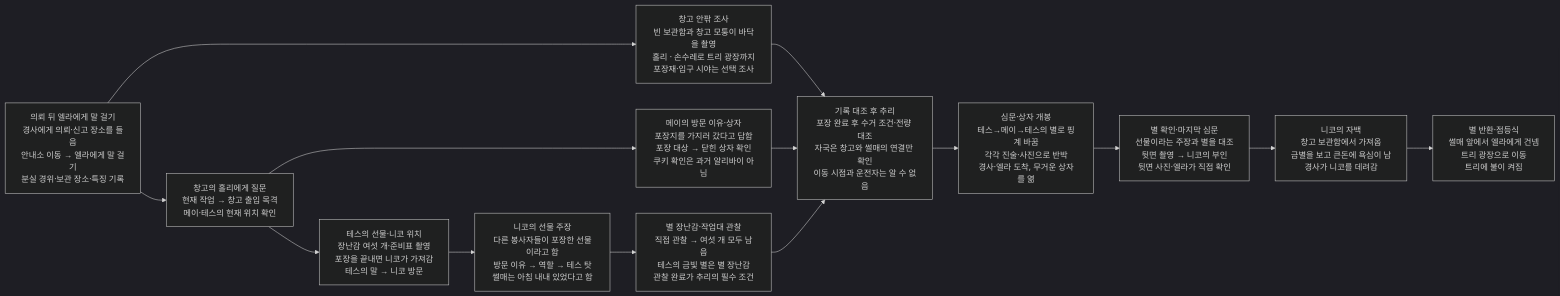
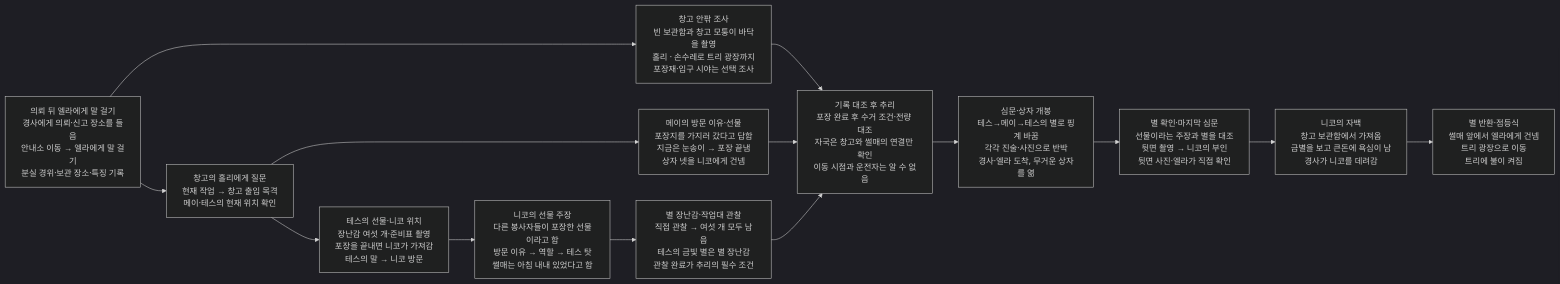
One commit to wonny95/detective-v2 changed the second of 2 diagrams in design/case-10-christmas-star.md. Above: the diagram before and after it, drawn with Mermaid (dark theme). The commit also changed other lines of this file and 3 other files, not shown here.

````diff
--- a/design/case-10-christmas-star.md
+++ b/design/case-10-christmas-star.md
@@ -49,28 +49,28 @@
 ```mermaid
 flowchart LR
     s1["의뢰 뒤 엘라에게 말 걸기<br/>경사에게 의뢰·신고 장소를 들음<br/>안내소 이동 → 엘라에게 말 걸기<br/>분실 경위·보관 장소·특징 기록"]
     s2["창고의 홀리에게 질문<br/>현재 작업 → 창고 출입 목격<br/>메이·테스의 현재 위치 확인"]
     s3["창고 안팎 조사<br/>빈 보관함과 창고 모퉁이 바닥을 촬영<br/>홀리 · 손수레로 트리 광장까지<br/>포장재·입구 시야는 선택 조사"]
-    s4["메이의 방문 이유·상자<br/>포장지를 가지러 갔다고 답함<br/>포장 대상 → 닫힌 상자 확인<br/>쿠키 확인은 과거 알리바이 아님"]
+    s4["메이의 방문 이유·선물<br/>포장지를 가지러 갔다고 답함<br/>지금은 눈송이 → 포장 끝냄<br/>상자 넷을 니코에게 건넴"]
     s5["테스의 선물·니코 위치<br/>장난감 여섯 개·준비표 촬영<br/>포장을 끝내면 니코가 가져감<br/>테스의 말 → 니코 방문"]
     s6["니코의 선물 주장<br/>다른 봉사자들이 포장한 선물이라고 함<br/>방문 이유 → 역할 → 테스 탓<br/>썰매는 아침 내내 있었다고 함"]
     s7["별 장난감·작업대 관찰<br/>직접 관찰 → 여섯 개 모두 남음<br/>테스의 금빛 별은 별 장난감<br/>관찰 완료가 추리의 필수 조건"]
     s8["기록 대조 후 추리<br/>포장 완료 후 수거 조건·전량 대조<br/>자국은 창고와 썰매의 연결만 확인<br/>이동 시점과 운전자는 알 수 없음"]
     s9["심문·상자 개봉<br/>테스→메이→테스의 별로 핑계 바꿈<br/>각각 진술·사진으로 반박<br/>경사·엘라 도착, 무거운 상자를 엶"]
     s10["별 확인·마지막 심문<br/>선물이라는 주장과 별을 대조<br/>뒷면 촬영 → 니코의 부인<br/>뒷면 사진·엘라가 직접 확인"]
     s11["니코의 자백<br/>창고 보관함에서 가져옴<br/>금별을 보고 큰돈에 욕심이 남<br/>경사가 니코를 데려감"]
     s12["별 반환·점등식<br/>썰매 앞에서 엘라에게 건넴<br/>트리 광장으로 이동<br/>트리에 불이 켜짐"]
     s1 --> s2
     s1 --> s3
     s2 --> s4
     s2 --> s5
     s3 --> s8
     s4 --> s8
     s5 --> s6
     s6 --> s7
     s7 --> s8
     s8 --> s9
     s9 --> s10
     s10 --> s11
     s11 --> s12
 ```
````
